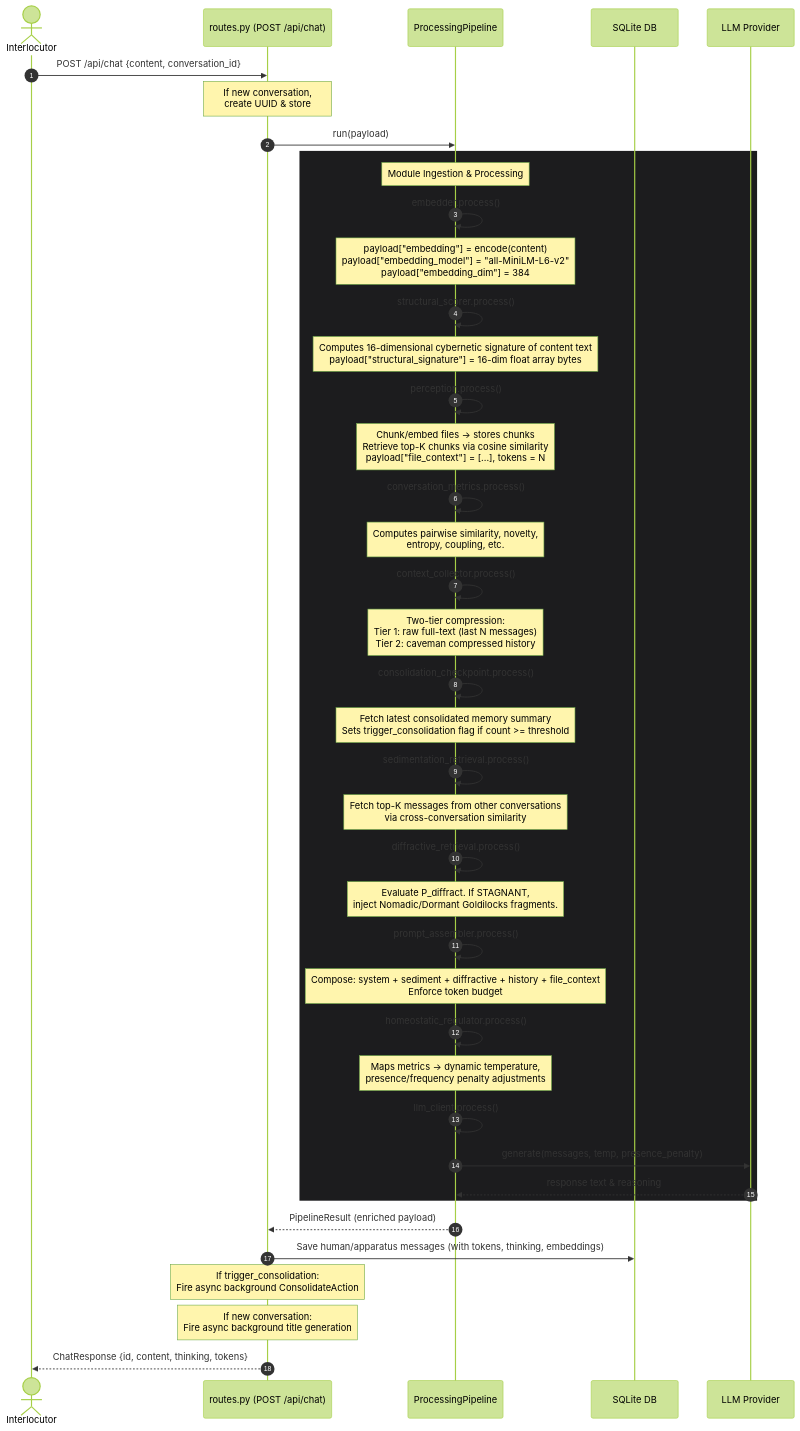
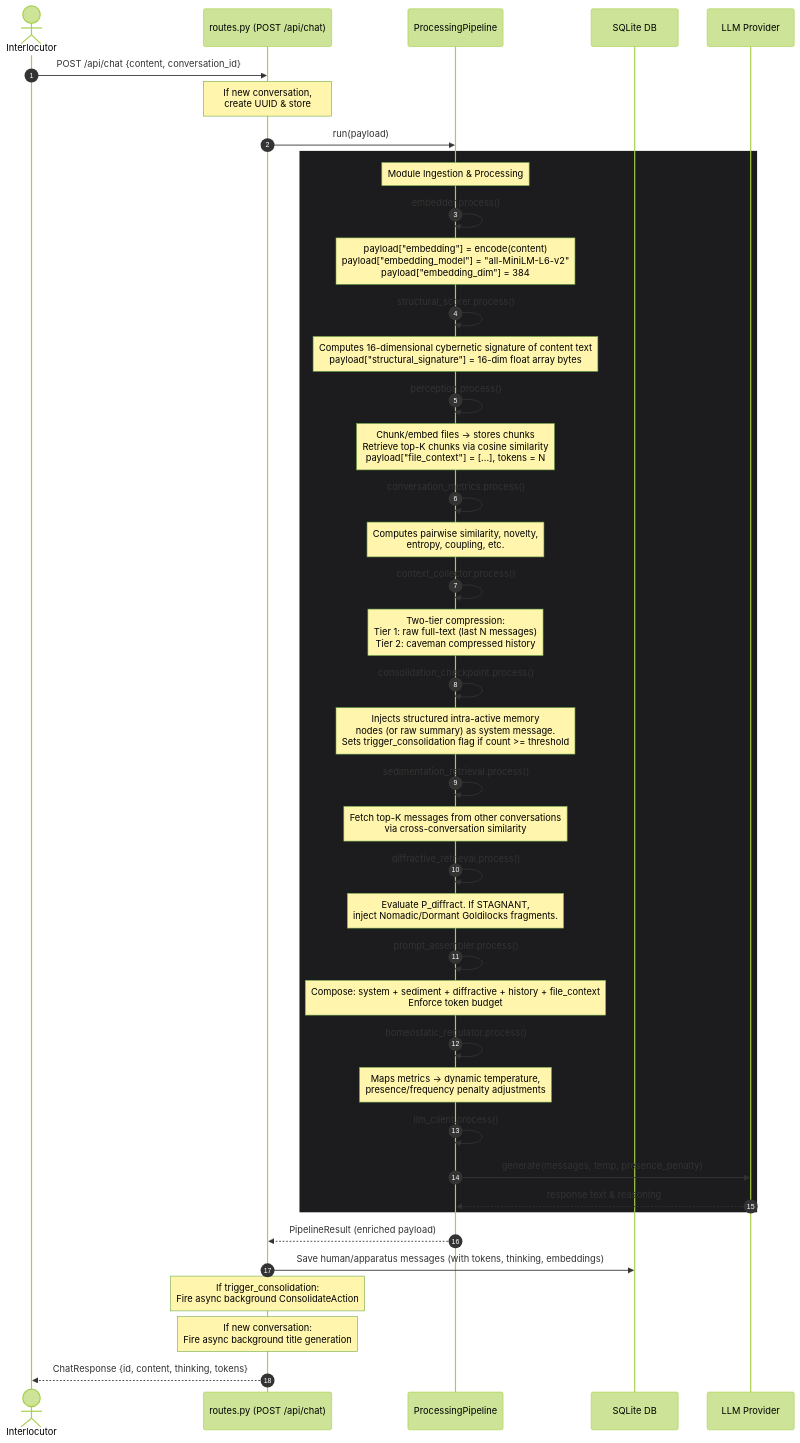
The second of 6 diagrams in docs/ARCHITECTURE.md (sympoietic-systems/AAA), drawn with Mermaid (forest theme) before and after one commit. The commit also changed other lines of this file and 15 other files, not shown here.

First line of the commit message:
feat: structured intra-active memory nodes replace plain-text summaries and keyword tags (ADR-028)

````diff
--- a/docs/ARCHITECTURE.md
+++ b/docs/ARCHITECTURE.md
@@ -64,58 +64,58 @@
 ```mermaid
 sequenceDiagram
     autonumber
     actor Interlocutor
     participant API as routes.py (POST /api/chat)
     participant Pipeline as ProcessingPipeline
     participant DB as SQLite DB
     participant LLM as LLM Provider
 
     Interlocutor->>API: POST /api/chat {content, conversation_id}
     Note over API: If new conversation,<br/>create UUID & store
     API->>Pipeline: run(payload)
     
     rect rgb(28, 28, 30)
         Note over Pipeline: Module Ingestion & Processing
         Pipeline->>Pipeline: embedder.process()
         Note over Pipeline: payload["embedding"] = encode(content)<br/>payload["embedding_model"] = "all-MiniLM-L6-v2"<br/>payload["embedding_dim"] = 384
         
         Pipeline->>Pipeline: structural_scorer.process()
         Note over Pipeline: Computes 16-dimensional cybernetic signature of content text<br/>payload["structural_signature"] = 16-dim float array bytes
         
         Pipeline->>Pipeline: perception.process()
         Note over Pipeline: Chunk/embed files → stores chunks<br/>Retrieve top-K chunks via cosine similarity<br/>payload["file_context"] = [...], tokens = N
         
         Pipeline->>Pipeline: conversation_metrics.process()
         Note over Pipeline: Computes pairwise similarity, novelty,<br/>entropy, coupling, etc.
         
         Pipeline->>Pipeline: context_collector.process()
         Note over Pipeline: Two-tier compression:<br/>Tier 1: raw full-text (last N messages)<br/>Tier 2: caveman compressed history
         
         Pipeline->>Pipeline: consolidation_checkpoint.process()
-        Note over Pipeline: Fetch latest consolidated memory summary<br/>Sets trigger_consolidation flag if count >= threshold
+        Note over Pipeline: Injects structured intra-active memory<br/>nodes (or raw summary) as system message.<br/>Sets trigger_consolidation flag if count >= threshold
         
         Pipeline->>Pipeline: sedimentation_retrieval.process()
         Note over Pipeline: Fetch top-K messages from other conversations<br/>via cross-conversation similarity
         
         Pipeline->>Pipeline: diffractive_retrieval.process()
         Note over Pipeline: Evaluate P_diffract. If STAGNANT,<br/>inject Nomadic/Dormant Goldilocks fragments.
         
         Pipeline->>Pipeline: prompt_assembler.process()
         Note over Pipeline: Compose: system + sediment + diffractive + history + file_context<br/>Enforce token budget
         
         Pipeline->>Pipeline: homeostatic_regulator.process()
         Note over Pipeline: Maps metrics → dynamic temperature,<br/>presence/frequency penalty adjustments
         
         Pipeline->>Pipeline: llm_client.process()
         Pipeline->>LLM: generate(messages, temp, presence_penalty)
         LLM-->>Pipeline: response text & reasoning
     end
     
     Pipeline-->>API: PipelineResult (enriched payload)
     
     API->>DB: Save human/apparatus messages (with tokens, thinking, embeddings)
     Note over API: If trigger_consolidation:<br/>Fire async background ConsolidateAction
     Note over API: If new conversation:<br/>Fire async background title generation
     
     API-->>Interlocutor: ChatResponse {id, content, thinking, tokens}
 ```
````
